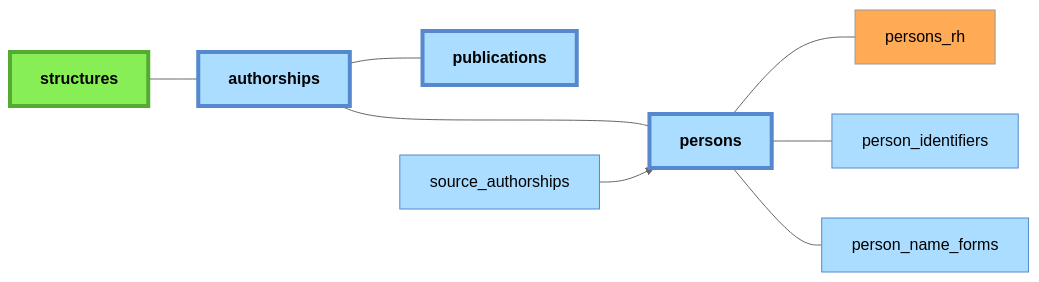
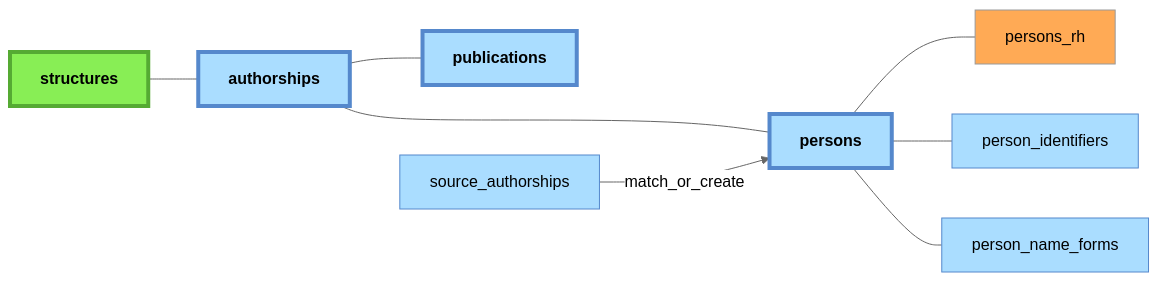
One commit to Y33sha/bibliometrie-uca changed the fifth of 5 diagrams in docs/donnees.md. Above: the diagram before and after it, drawn with Mermaid (neutral theme). The commit also changed other lines of this file and 7 other files, not shown here.

````diff
--- a/docs/donnees.md
+++ b/docs/donnees.md
@@ -166,22 +166,22 @@
 ```mermaid
 flowchart LR
     structures --- authorships
 
     authorships --- publications
     authorships ---- persons
-    source_authorships-->persons
+    source_authorships-->|match_or_create|persons
     persons---persons_rh
     persons---person_identifiers
     persons---person_name_forms
 
     classDef manuel  fill:#8e5,stroke:#5a3
     class structures,structure_name_forms,perimeters,structure_relations manuel;
     classDef csv fill:#fa5
     class persons_rh csv
     classDef auto fill:#adf,stroke:#58c
     class source_authorships,publications,person_identifiers,person_name_forms,authorships,persons auto
     classDef main stroke-width:4px,font-weight:bold
     class structures,publications,persons,authorships main
 
 
 ```
````
